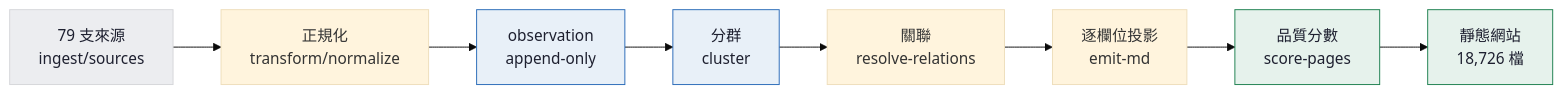
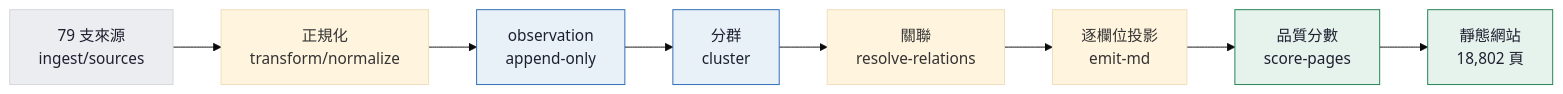
The diagram in README.md (LightChang/seh.tw), drawn with Mermaid (base theme) before and after one commit. The commit also changed other lines of this file and 429 other files, not shown here.

````diff
--- a/README.md
+++ b/README.md
@@ -14,16 +14,16 @@
 ```mermaid
 flowchart LR
   A[79 支來源<br/>ingest/sources] --> B[正規化<br/>transform/normalize]
   B --> C[observation<br/>append-only]
   C --> D[分群<br/>cluster]
   D --> E[關聯<br/>resolve-relations]
   E --> F[逐欄位投影<br/>emit-md]
   F --> G[品質分數<br/>score-pages]
-  G --> H[靜態網站<br/>18,726 檔]
+  G --> H[靜態網站<br/>18,802 頁]
 
   style A fill:#ecedf0,stroke:#d5d6da,color:#1e2030
   style C fill:#e8f0f8,stroke:#2a6bb8,color:#1e2030
   style D fill:#e8f0f8,stroke:#2a6bb8,color:#1e2030
   style G fill:#e6f2ec,stroke:#1e8050,color:#1e2030
   style H fill:#e6f2ec,stroke:#1e8050,color:#1e2030
 ```
````
